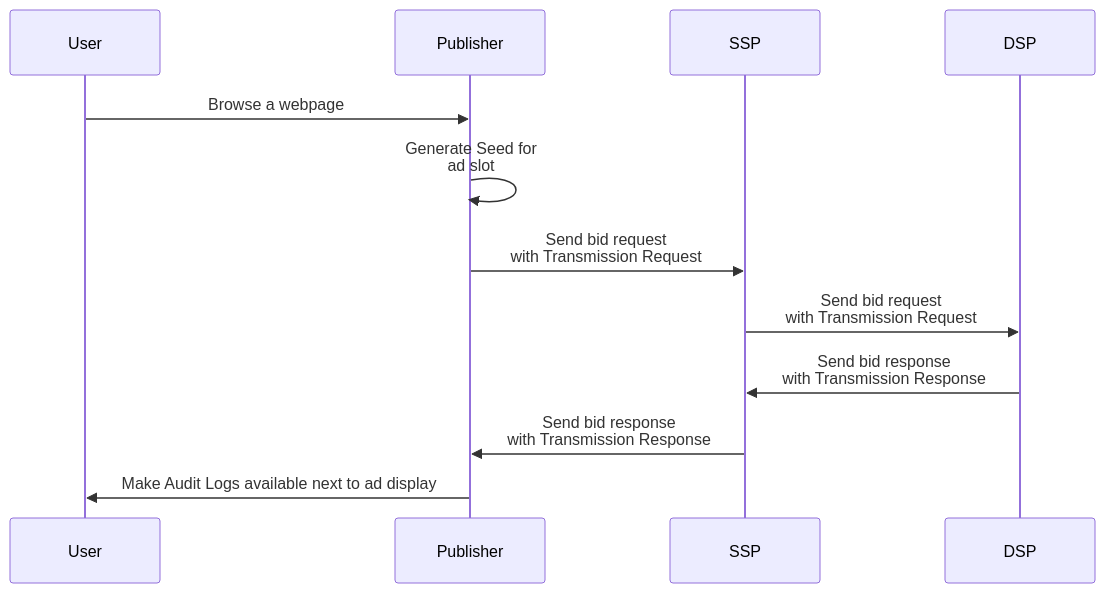
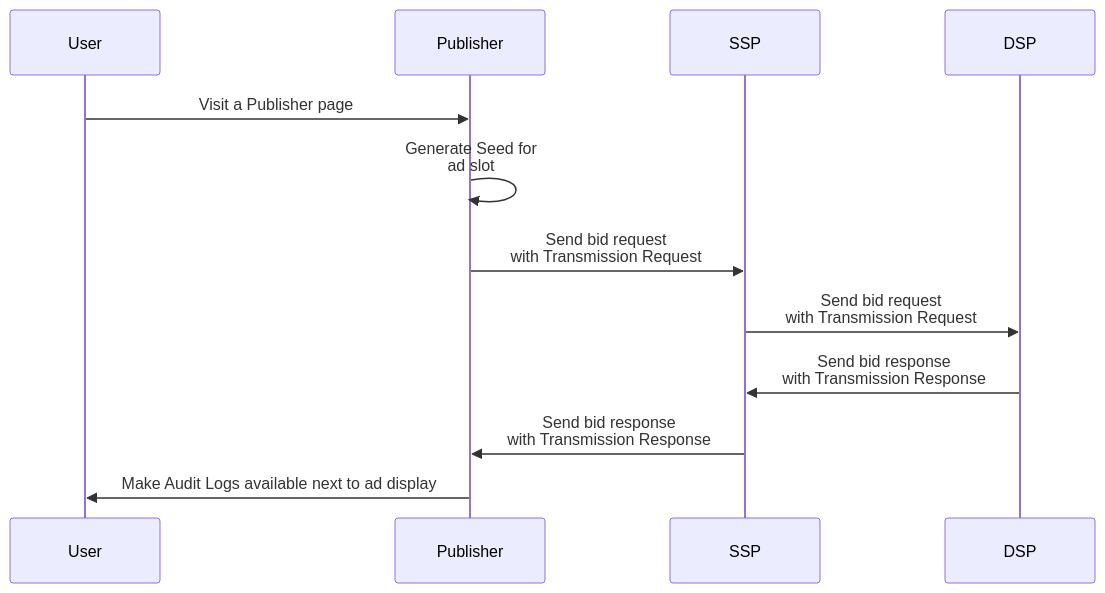
The second of 2 diagrams in mvp-spec/workflows.md (OneKey-Network/addressability-framework), drawn with Mermaid before and after one commit.

````diff
--- a/mvp-spec/workflows.md
+++ b/mvp-spec/workflows.md
@@ -49,15 +49,15 @@
 ```mermaid
 sequenceDiagram
     participant User
     participant Publisher
     participant SSP
     participant DSP
 
-    User->>Publisher: Browse a webpage
+    User->>Publisher: Visit a Publisher page
     Publisher->>Publisher: Generate Seed for <br /> ad slot
     Publisher->>SSP: Send bid request<br />with Transmission Request
     SSP->>DSP: Send bid request<br />with Transmission Request
     DSP->>SSP: Send bid response<br />with Transmission Response
     SSP->>Publisher: Send bid response<br />with Transmission Response
     Publisher->>User: Make Audit Logs available next to ad display
 ```
````
